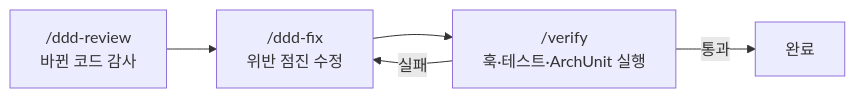
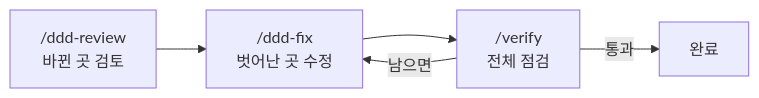
Before and after one commit to HongJungWan/opinionated-harness-template: the first of 7 diagrams in README.md, drawn with Mermaid. The commit also changed other lines of this file, not shown here.

````diff
--- a/README.md
+++ b/README.md
@@ -30,7 +28,7 @@
 ```mermaid
 flowchart LR
-    A["/ddd-review<br/>바뀐 코드 감사"] --> B["/ddd-fix<br/>위반 점진 수정"]
-    B --> C["/verify<br/>훅·테스트·ArchUnit 실행"]
+    A["/ddd-review<br/>바뀐 곳 검토"] --> B["/ddd-fix<br/>벗어난 곳 수정"]
+    B --> C["/verify<br/>전체 점검"]
     C -->|"통과"| D["완료"]
-    C -->|"실패"| B
+    C -->|"남으면"| B
 ```
````
